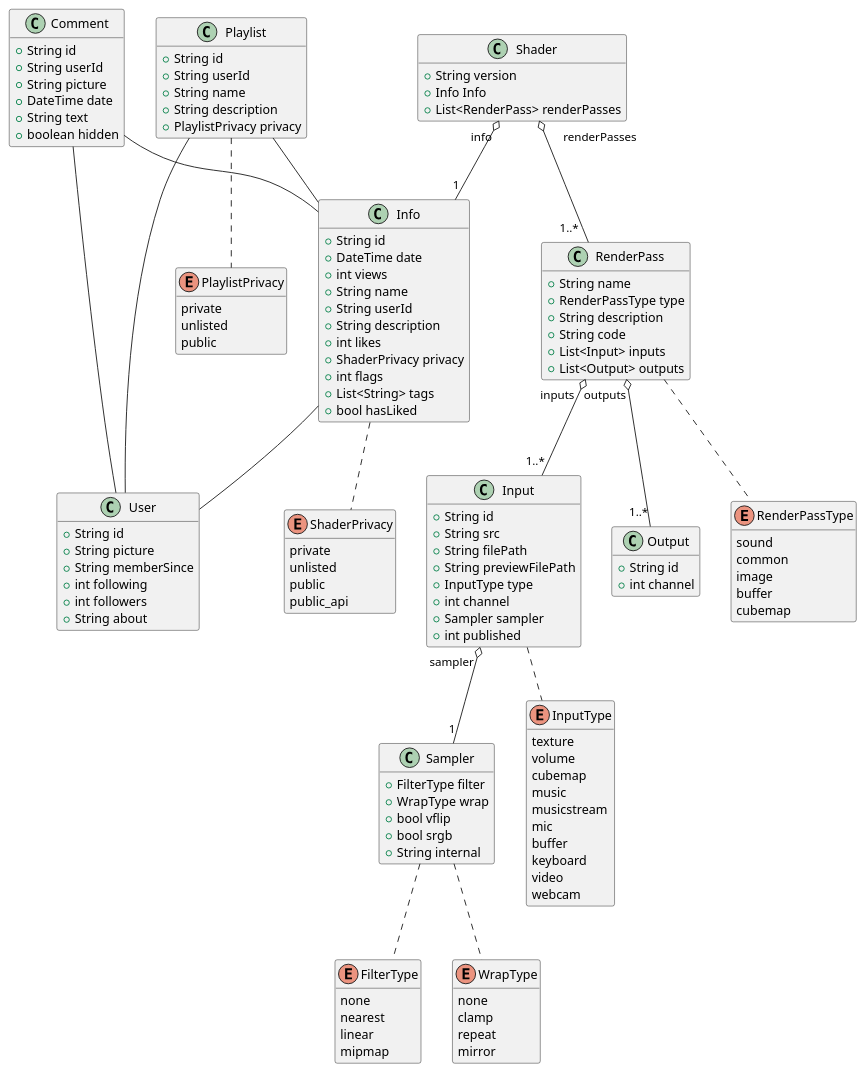
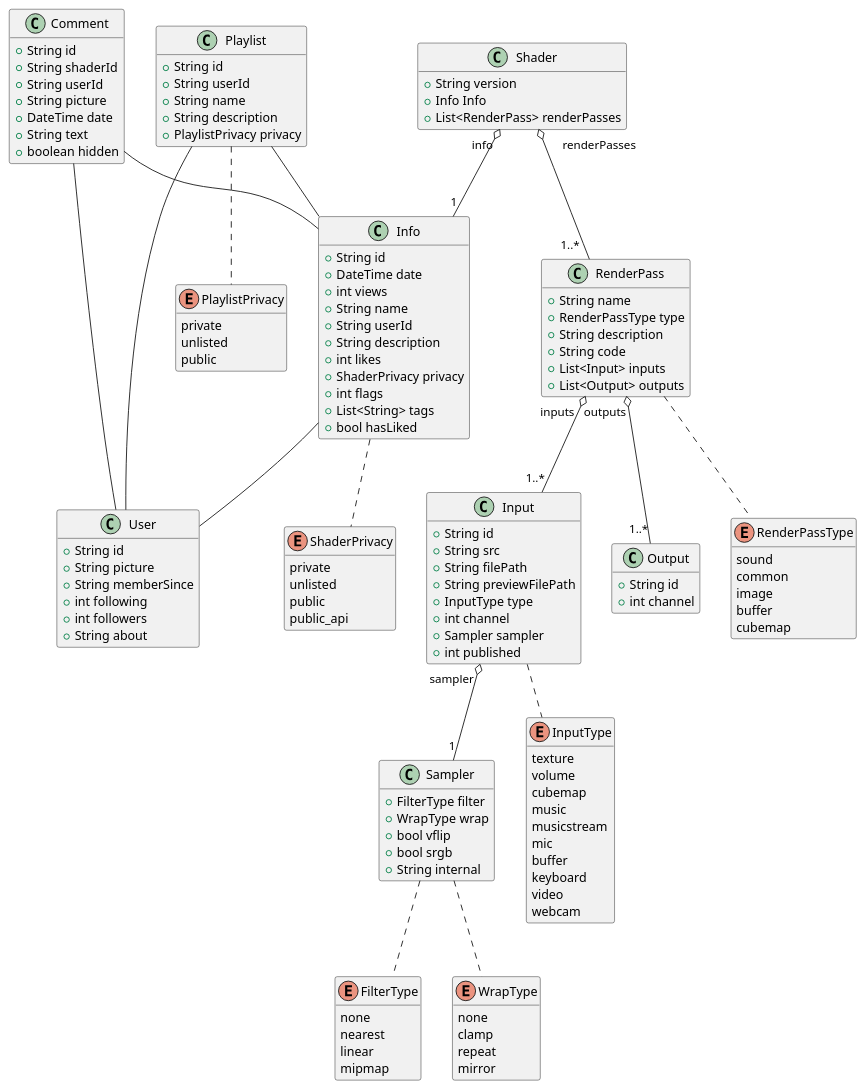
Before and after one commit to ivoleitao/shadertoy_api: the diagram in model.pu, drawn with PlantUML. The commit also changed 7 other files, not shown here.

```diff
--- a/model.pu
+++ b/model.pu
@@ -1,153 +1,154 @@
 @startuml model
 
 hide methods
 
 class User {
  +String id
  +String picture
  +String memberSince
  +int following
  +int followers
  +String about
 }
 
 class Comment {
     +String id
+    +String shaderId
     +String userId
     +String picture
     +DateTime date
     +String text
     +boolean hidden
 }
 
 enum ShaderPrivacy {
     private
     unlisted
     public
     public_api
 }
 
 class Info {
     +String id
     +DateTime date
     +int views 
     +String name
     +String userId
     +String description
     +int likes
     +ShaderPrivacy privacy
     +int flags
     +List<String> tags
     +bool hasLiked
 }
 
 enum FilterType {
     none
     nearest
     linear
     mipmap
 }
 
 enum WrapType {
     none
     clamp
     repeat
     mirror
 }
 
 class Sampler {
     +FilterType filter
     +WrapType wrap
     +bool vflip
     +bool srgb
     +String internal
 }
 
 enum InputType {
     texture
     volume
     cubemap
     music
     musicstream
     mic
     buffer
     keyboard
     video
     webcam
 }
 
 class Input {
     +String id
     +String src
     +String filePath
     +String previewFilePath
     +InputType type
     +int channel
     +Sampler sampler
     +int published
 }
 
 class Output {
     +String id
     +int channel
 }
 
 enum RenderPassType {
     sound
     common
     image
     buffer
     cubemap
 }
 
 class RenderPass {
     +String name
     +RenderPassType type
     +String description
     +String code
     +List<Input> inputs
     +List<Output> outputs
 
 }
 
 class Shader {
     +String version
     +Info Info
     +List<RenderPass> renderPasses
 }
 
 enum PlaylistPrivacy {
     private
     unlisted
     public
 }
 
 class Playlist {
     +String id
     +String userId
     +String name
     +String description
     +PlaylistPrivacy privacy
 }
 
 Info  .. ShaderPrivacy
 Sampler .. FilterType
 Sampler .. WrapType
 Input .. InputType
 RenderPass .. RenderPassType
 Playlist .. PlaylistPrivacy
 
 Shader "             info" o-- "1" Info
 Shader "     renderPasses" o-- "1..*  " RenderPass
 RenderPass "inputs  " o-- "1..*" Input
 RenderPass "outputs" o-- "1..*" Output
 Input "sampler " o-- "1" Sampler
 
 Info -- User
 Playlist -- Info
 Playlist -- User
 Comment -- Info
 Comment -- User
 
 
 @enduml
```
